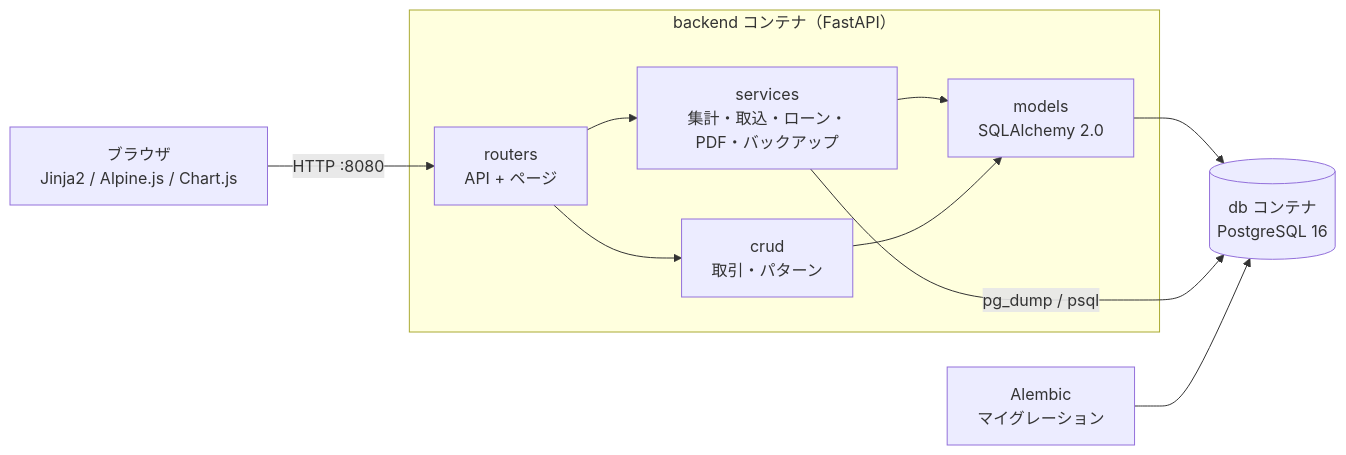
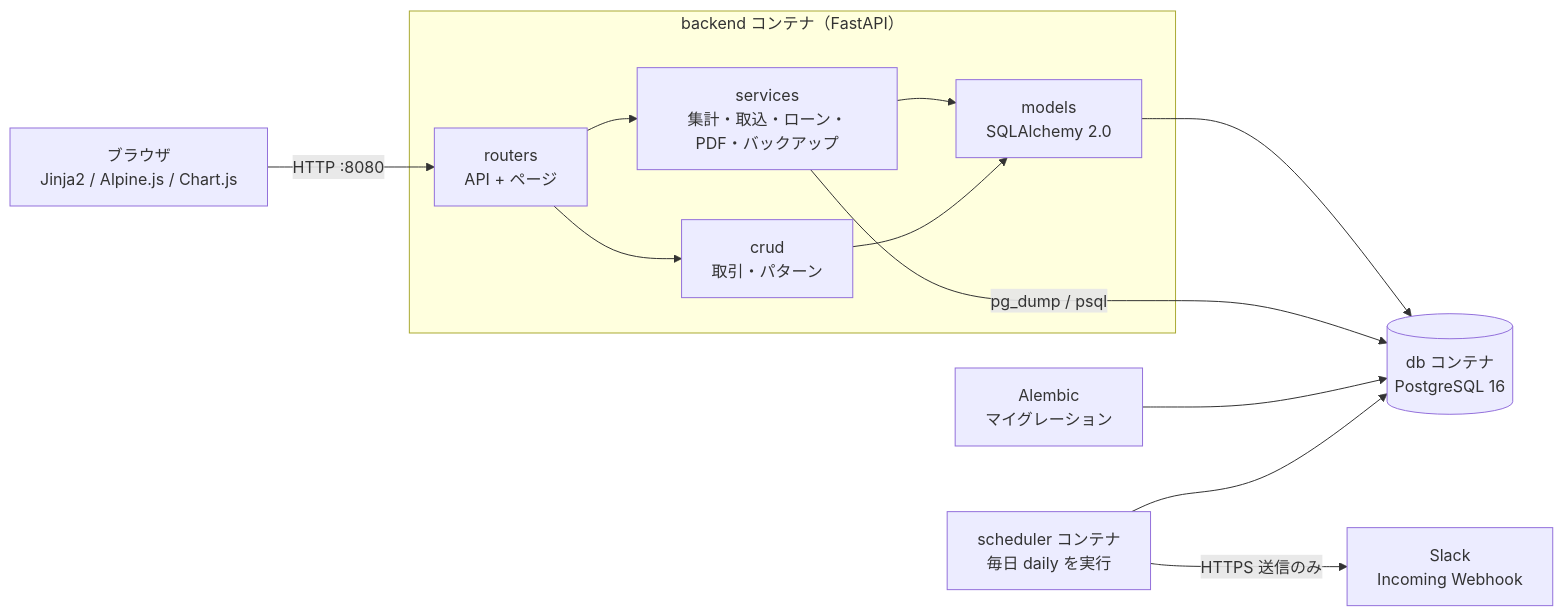
One commit to yoshii04/household-account-book changed the diagram in README.md. Above: the diagram before and after it, drawn with Mermaid. The commit also changed other lines of this file and 19 other files, not shown here.

````diff
--- a/README.md
+++ b/README.md
@@ -41,23 +42,27 @@
 ```mermaid
 flowchart LR
     Browser["ブラウザ<br/>Jinja2 / Alpine.js / Chart.js"]
 
     subgraph Backend["backend コンテナ（FastAPI）"]
         Routers["routers<br/>API + ページ"]
         Services["services<br/>集計・取込・ローン・PDF・バックアップ"]
         Crud["crud<br/>取引・パターン"]
         Models["models<br/>SQLAlchemy 2.0"]
         Routers --> Services
         Routers --> Crud
         Services --> Models
         Crud --> Models
     end
 
     DB[("db コンテナ<br/>PostgreSQL 16")]
     Alembic["Alembic<br/>マイグレーション"]
+    Scheduler["scheduler コンテナ<br/>毎日 daily を実行"]
+    Slack["Slack<br/>Incoming Webhook"]
 
     Browser -- "HTTP :8080" --> Routers
     Models --> DB
     Services -- "pg_dump / psql" --> DB
     Alembic --> DB
+    Scheduler --> DB
+    Scheduler -- "HTTPS 送信のみ" --> Slack
 ```
````
